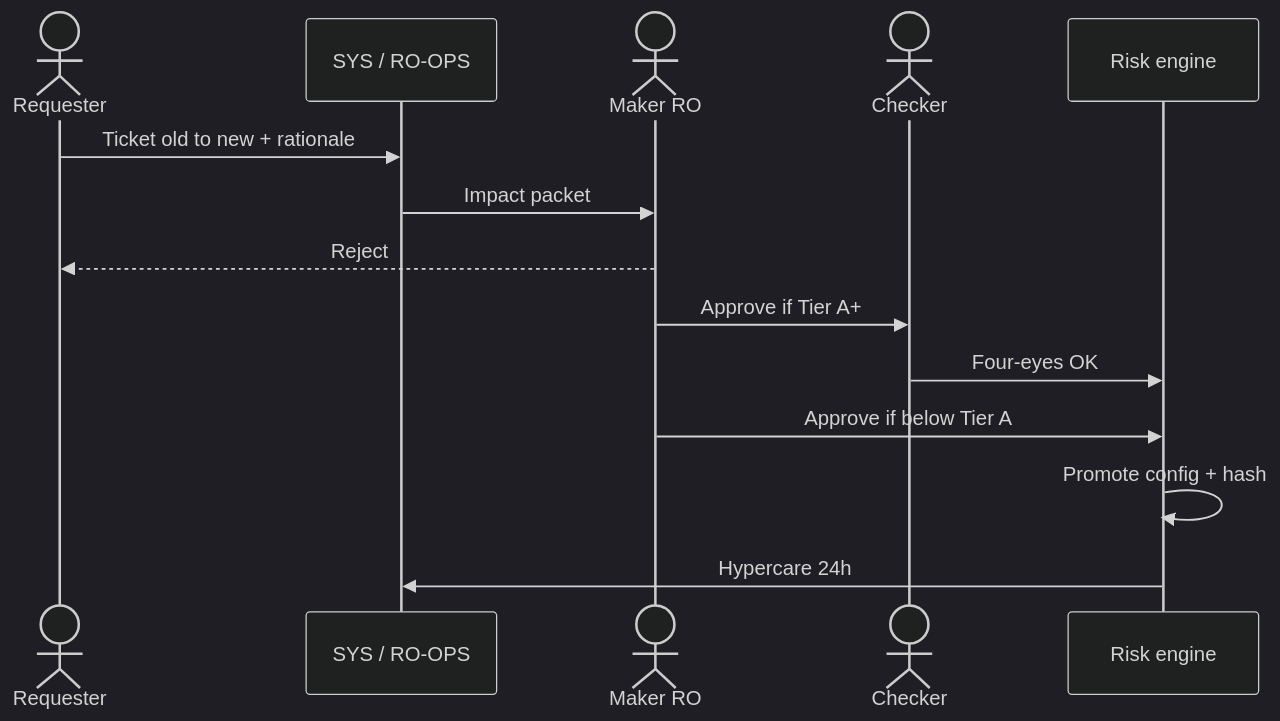
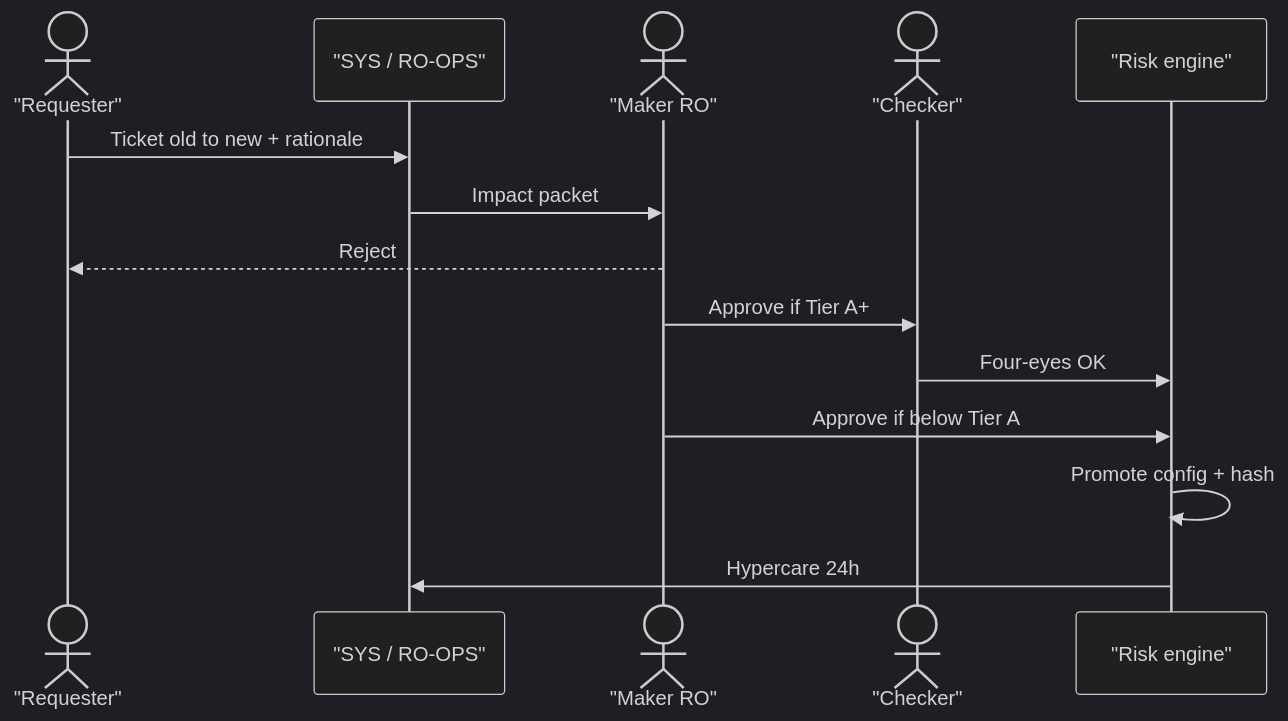
The sixth of 14 diagrams in docs/risk-handbook/en.md (hxyan2020/PRD), drawn with Mermaid (dark theme) before and after one commit. The commit also changed other lines of this file and 7 other files, not shown here.

First line of the commit message:
Show handbook diagrams without a CDN

````diff
--- a/docs/risk-handbook/en.md
+++ b/docs/risk-handbook/en.md
@@ -852,16 +853,16 @@
 ```mermaid
 sequenceDiagram
-  actor Req as Requester
-  participant SYS as SYS / RO-OPS
-  actor RO as Maker RO
-  actor CHK as Checker
-  participant RE as Risk engine
+  actor Req as "Requester"
+  participant SYS as "SYS / RO-OPS"
+  actor RO as "Maker RO"
+  actor CHK as "Checker"
+  participant RE as "Risk engine"
   Req->>SYS: Ticket old to new + rationale
   SYS->>RO: Impact packet
   RO-->>Req: Reject
   RO->>CHK: Approve if Tier A+
   CHK->>RE: Four-eyes OK
   RO->>RE: Approve if below Tier A
   RE->>RE: Promote config + hash
   RE->>SYS: Hypercare 24h
 ```
````
